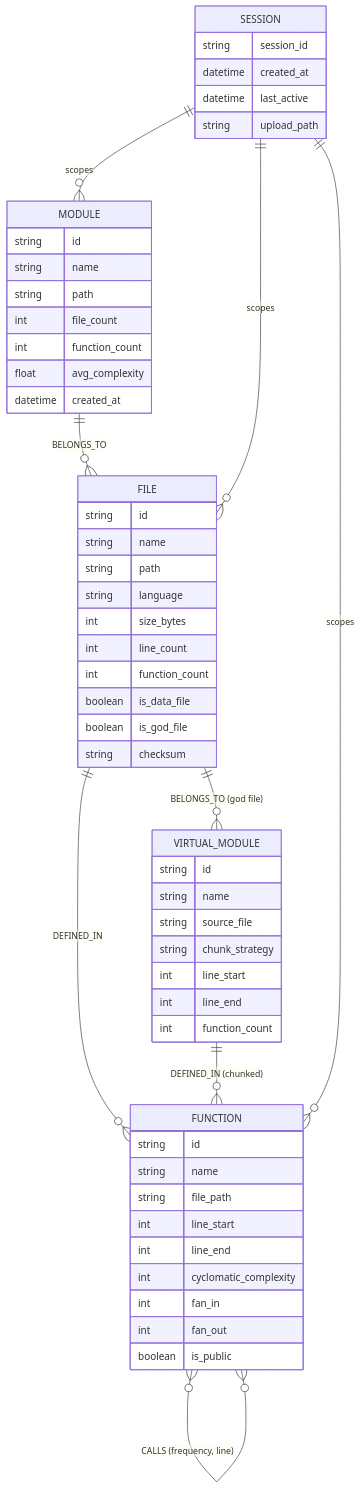
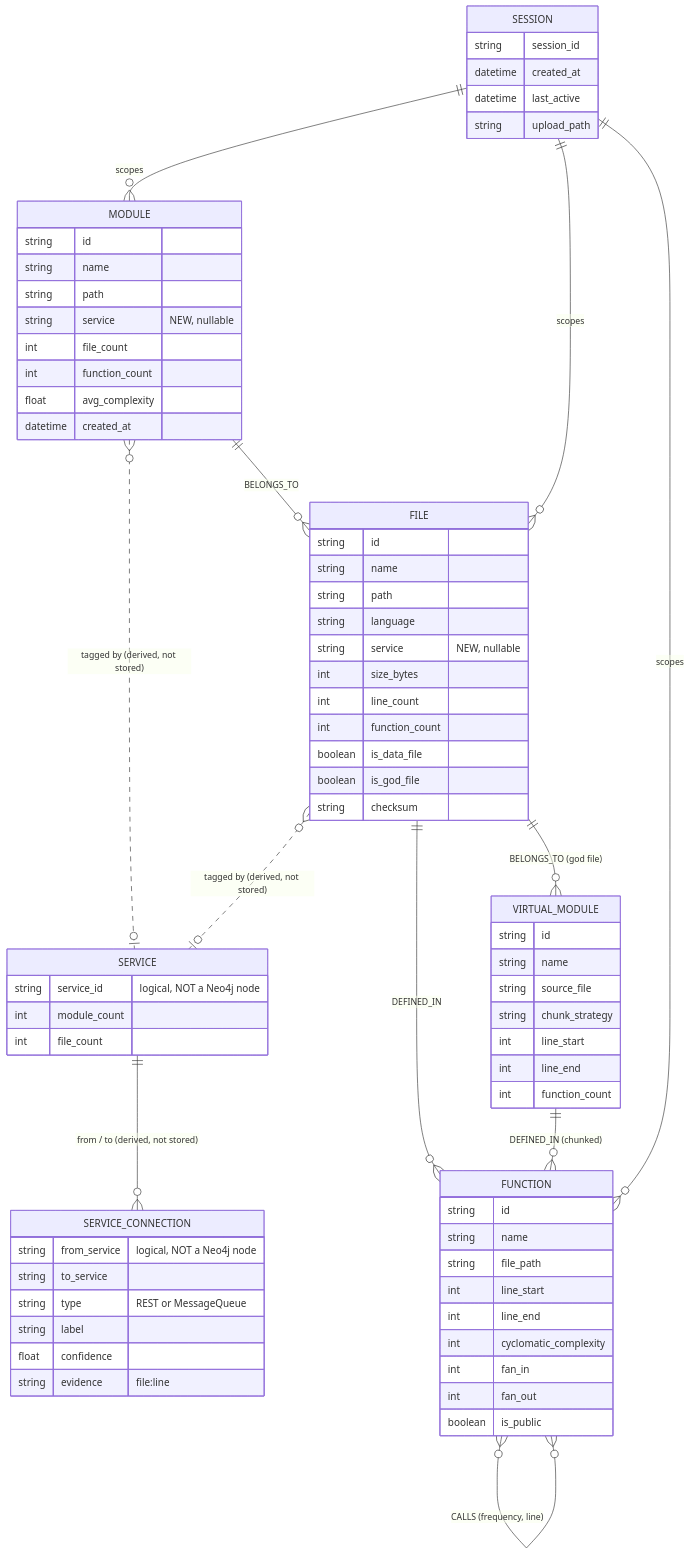
One commit to farjanasarker/Code_Base_Visualisation changed the sixth of 12 diagrams in SRS.md. Above: the diagram before and after it, drawn with Mermaid. The commit also changed other lines of this file and 47 other files, not shown here.

````diff
--- a/SRS.md
+++ b/SRS.md
@@ -418,59 +507,77 @@
 ```mermaid
 erDiagram
     MODULE {
         string id
         string name
         string path
+        string service "NEW, nullable"
         int file_count
         int function_count
         float avg_complexity
         datetime created_at
     }
     FILE {
         string id
         string name
         string path
         string language
+        string service "NEW, nullable"
         int size_bytes
         int line_count
         int function_count
         boolean is_data_file
         boolean is_god_file
         string checksum
+    }
+    SERVICE {
+        string service_id "logical, NOT a Neo4j node"
+        int module_count
+        int file_count
+    }
+    SERVICE_CONNECTION {
+        string from_service "logical, NOT a Neo4j node"
+        string to_service
+        string type "REST or MessageQueue"
+        string label
+        float confidence
+        string evidence "file:line"
     }
     FUNCTION {
         string id
         string name
         string file_path
         int line_start
         int line_end
         int cyclomatic_complexity
         int fan_in
         int fan_out
         boolean is_public
     }
     VIRTUAL_MODULE {
         string id
         string name
         string source_file
         string chunk_strategy
         int line_start
         int line_end
         int function_count
     }
     SESSION {
         string session_id
         datetime created_at
         datetime last_active
         string upload_path
     }
 
     MODULE ||--o{ FILE : "BELONGS_TO"
     FILE ||--o{ FUNCTION : "DEFINED_IN"
     FILE ||--o{ VIRTUAL_MODULE : "BELONGS_TO (god file)"
     VIRTUAL_MODULE ||--o{ FUNCTION : "DEFINED_IN (chunked)"
     FUNCTION }o--o{ FUNCTION : "CALLS (frequency, line)"
     SESSION ||--o{ MODULE : "scopes"
     SESSION ||--o{ FILE : "scopes"
     SESSION ||--o{ FUNCTION : "scopes"
+    MODULE }o..o| SERVICE : "tagged by (derived, not stored)"
+    FILE }o..o| SERVICE : "tagged by (derived, not stored)"
+    SERVICE ||--o{ SERVICE_CONNECTION : "from / to (derived, not stored)"
 ```
````
